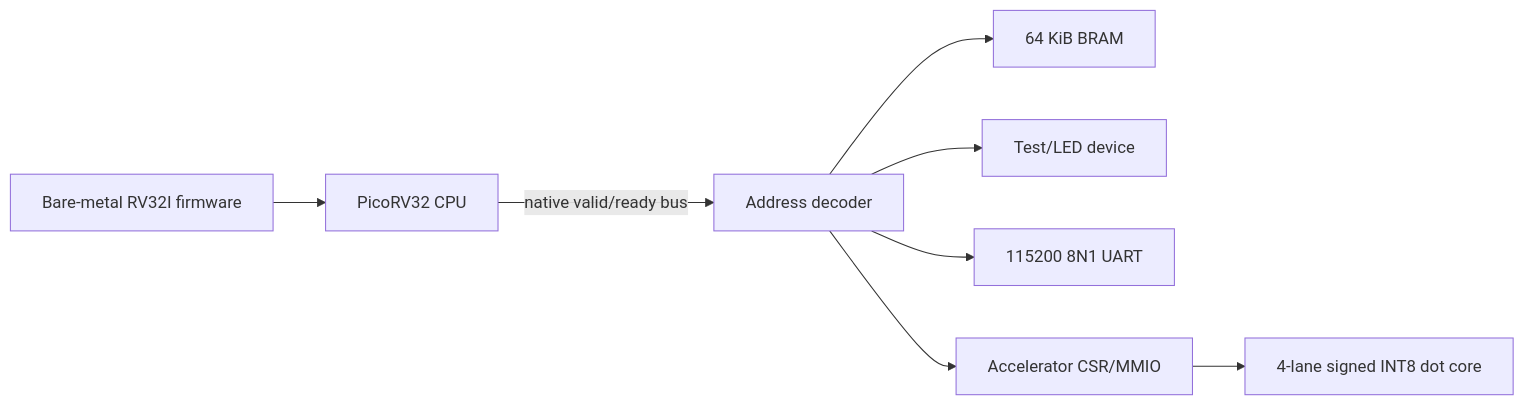
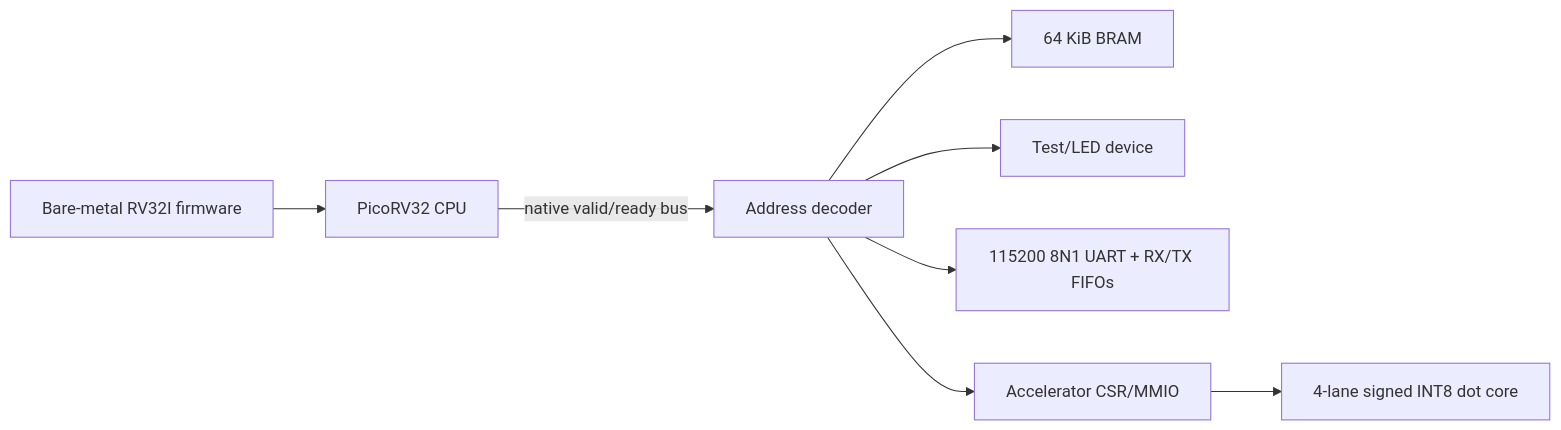
One commit to masterfrog945-stack/picorv32-int8-dot-accelerator changed the diagram in README.md. Above: the diagram before and after it, drawn with Mermaid. The commit also changed other lines of this file and 21 other files, not shown here.

````diff
--- a/README.md
+++ b/README.md
@@ -19,10 +19,10 @@
 ```mermaid
 flowchart LR
     FW["Bare-metal RV32I firmware"] --> CPU["PicoRV32 CPU"]
     CPU -->|"native valid/ready bus"| DEC["Address decoder"]
     DEC --> RAM["64 KiB BRAM"]
     DEC --> HOST["Test/LED device"]
-    DEC --> UART["115200 8N1 UART"]
+    DEC --> UART["115200 8N1 UART + RX/TX FIFOs"]
     DEC --> CSR["Accelerator CSR/MMIO"]
     CSR --> DOT["4-lane signed INT8 dot core"]
 ```
````
